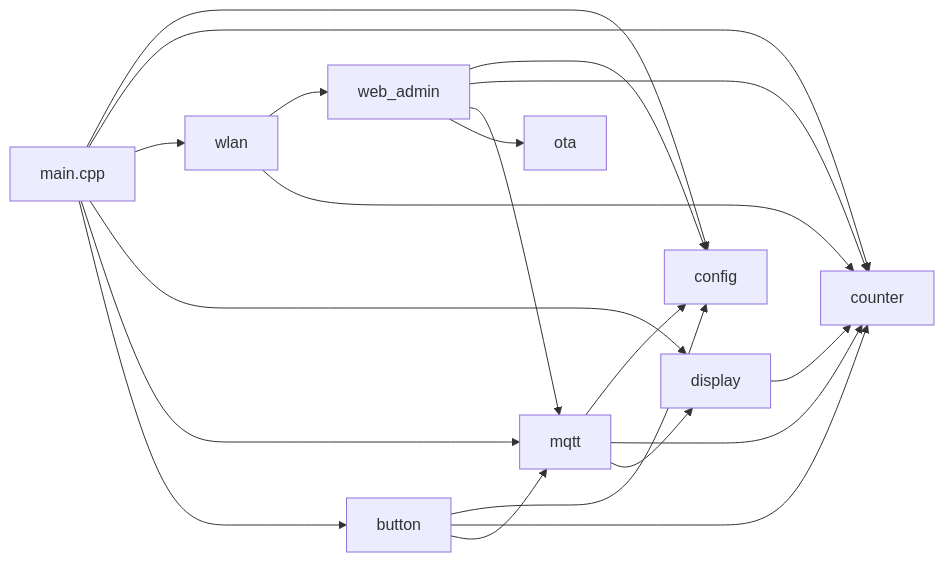
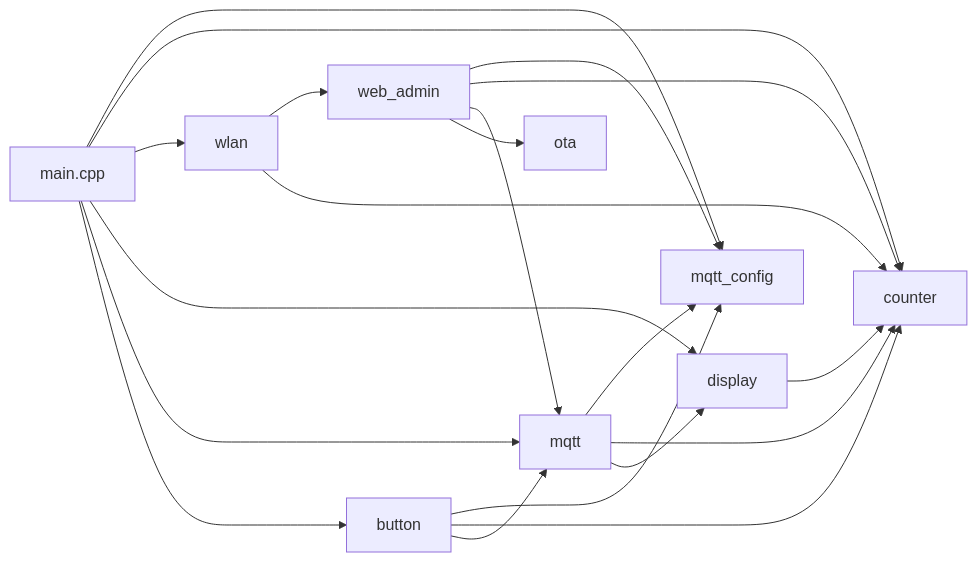
Before and after one commit to EyJunge1/chaya2mqtt: the first of 4 diagrams in docs/ARCHITECTURE.md, drawn with Mermaid. The commit also changed other lines of this file and 23 other files, not shown here.

````diff
--- a/docs/ARCHITECTURE.md
+++ b/docs/ARCHITECTURE.md
@@ -25,32 +25,32 @@
 ```mermaid
 flowchart LR
     main[main.cpp]
-    cfg[config]
+    cfg[mqtt_config]
     ctr[counter]
     wlan[wlan]
     web[web_admin]
     otaMod[ota]
     dsp[display]
     mq[mqtt]
     btn[button]
 
     main --> cfg
     main --> ctr
     main --> wlan
     main --> dsp
     main --> mq
     main --> btn
     btn --> cfg
     btn --> ctr
     btn --> mq
     mq --> cfg
     mq --> ctr
     mq --> dsp
     dsp --> ctr
     wlan --> web
     wlan --> ctr
     web --> cfg
     web --> ctr
     web --> mq
     web --> otaMod
 ```
````
